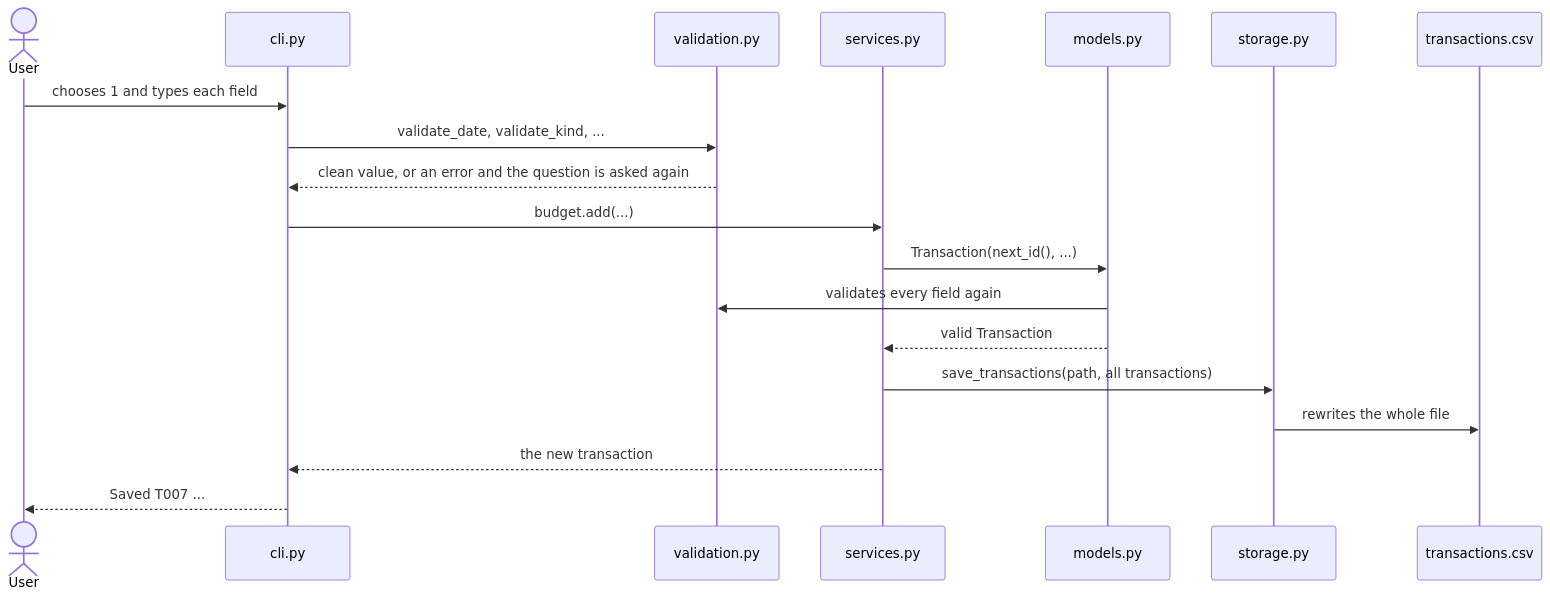
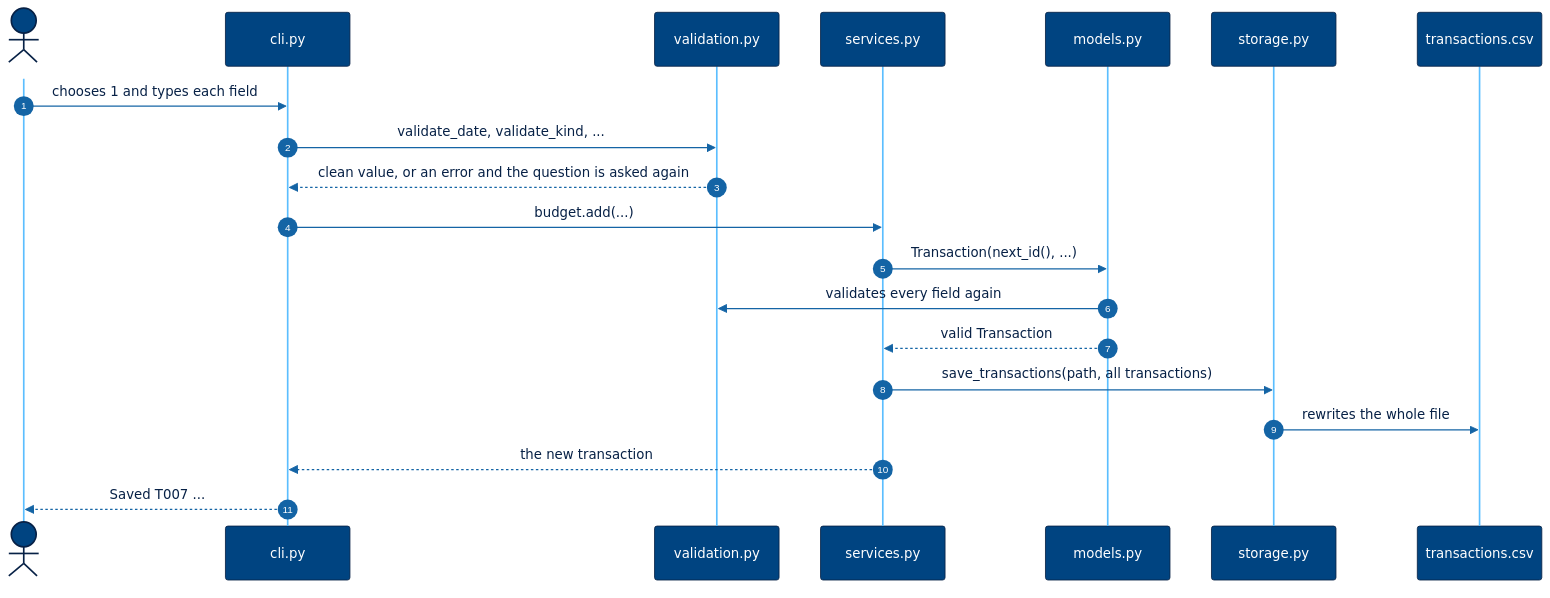
The second of 2 diagrams in DESIGN.md (ferreirasara-cpu/Practice-1_-Interactive-Personal-Budget-Manager), drawn with Mermaid before and after one commit. The commit also changed other lines of this file and 8 other files, not shown here.

````diff
--- a/DESIGN.md
+++ b/DESIGN.md
@@ -45,21 +60,23 @@
 ```mermaid
+%%{init: {"theme": "base", "themeVariables": {"fontFamily": "arial", "actorBkg": "#004481", "actorBorder": "#072146", "actorTextColor": "#FFFFFF", "actorLineColor": "#5BBEFF", "signalColor": "#1464A5", "signalTextColor": "#072146", "sequenceNumberColor": "#FFFFFF"}}}%%
 sequenceDiagram
+    autonumber
     actor U as User
     participant C as cli.py
     participant V as validation.py
     participant S as services.py
     participant M as models.py
     participant St as storage.py
     participant F as transactions.csv
     U->>C: chooses 1 and types each field
     C->>V: validate_date, validate_kind, ...
     V-->>C: clean value, or an error and the question is asked again
     C->>S: budget.add(...)
     S->>M: Transaction(next_id(), ...)
     M->>V: validates every field again
     M-->>S: valid Transaction
     S->>St: save_transactions(path, all transactions)
     St->>F: rewrites the whole file
     S-->>C: the new transaction
     C-->>U: Saved T007 ...
 ```
````
